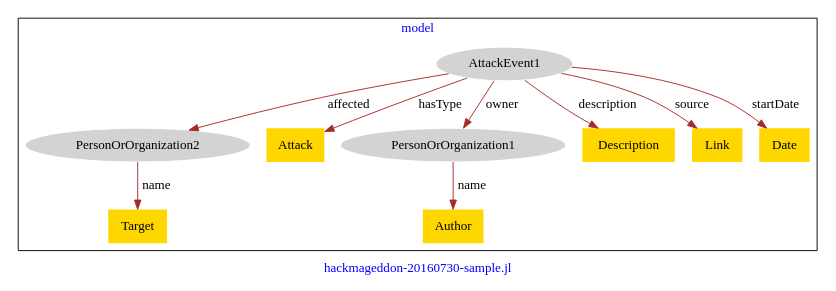
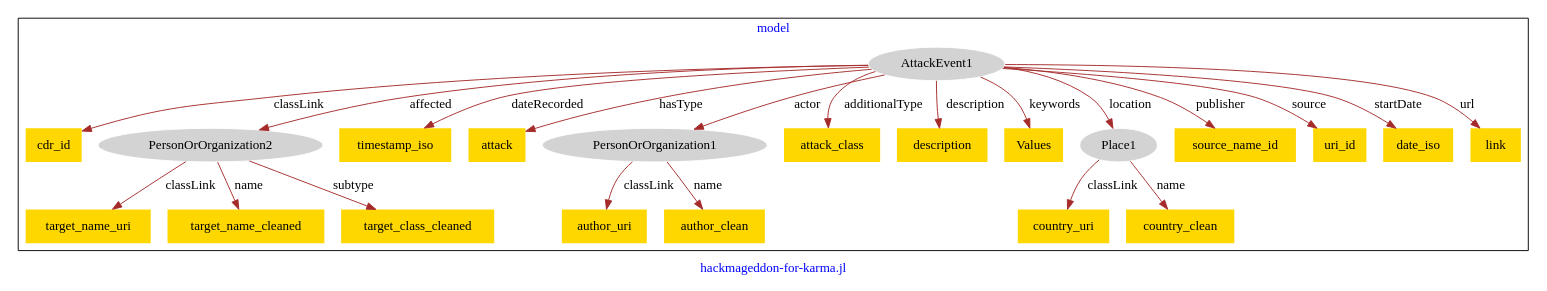
One commit to usc-isi-i2/effect-alignment changed the diagram in models/hackmageddon/hackmageddon-model.dot. Above: the diagram before and after it, drawn with Graphviz.

Commit message:
Update file hackmageddon-model.dot

```diff
--- a/models/hackmageddon/hackmageddon-model.dot
+++ b/models/hackmageddon/hackmageddon-model.dot
@@ -1,25 +1,49 @@
 digraph n0 {
 fontcolor="blue"
 remincross="true"
-label="hackmageddon-20160730-sample.jl"
+label="hackmageddon-for-karma.jl"
 subgraph cluster {
 label="model"
 n2[style="filled",color="white",fillcolor="lightgray",label="AttackEvent1"];
-n3[style="filled",color="white",fillcolor="lightgray",label="PersonOrOrganization2"];
-n4[shape="plaintext",style="filled",fillcolor="gold",label="Attack"];
-n5[style="filled",color="white",fillcolor="lightgray",label="PersonOrOrganization1"];
-n6[shape="plaintext",style="filled",fillcolor="gold",label="Description"];
-n7[shape="plaintext",style="filled",fillcolor="gold",label="Link"];
-n8[shape="plaintext",style="filled",fillcolor="gold",label="Date"];
-n9[shape="plaintext",style="filled",fillcolor="gold",label="Author"];
-n10[shape="plaintext",style="filled",fillcolor="gold",label="Target"];
+n3[shape="plaintext",style="filled",fillcolor="gold",label="cdr_id"];
+n4[style="filled",color="white",fillcolor="lightgray",label="PersonOrOrganization2"];
+n5[shape="plaintext",style="filled",fillcolor="gold",label="timestamp_iso"];
+n6[shape="plaintext",style="filled",fillcolor="gold",label="attack"];
+n7[style="filled",color="white",fillcolor="lightgray",label="PersonOrOrganization1"];
+n8[shape="plaintext",style="filled",fillcolor="gold",label="attack_class"];
+n9[shape="plaintext",style="filled",fillcolor="gold",label="description"];
+n10[shape="plaintext",style="filled",fillcolor="gold",label="Values"];
+n11[style="filled",color="white",fillcolor="lightgray",label="Place1"];
+n12[shape="plaintext",style="filled",fillcolor="gold",label="source_name_id"];
+n13[shape="plaintext",style="filled",fillcolor="gold",label="uri_id"];
+n14[shape="plaintext",style="filled",fillcolor="gold",label="date_iso"];
+n15[shape="plaintext",style="filled",fillcolor="gold",label="link"];
+n16[shape="plaintext",style="filled",fillcolor="gold",label="author_uri"];
+n17[shape="plaintext",style="filled",fillcolor="gold",label="author_clean"];
+n18[shape="plaintext",style="filled",fillcolor="gold",label="target_name_uri"];
+n19[shape="plaintext",style="filled",fillcolor="gold",label="target_name_cleaned"];
+n20[shape="plaintext",style="filled",fillcolor="gold",label="target_class_cleaned"];
+n21[shape="plaintext",style="filled",fillcolor="gold",label="country_uri"];
+n22[shape="plaintext",style="filled",fillcolor="gold",label="country_clean"];
 }
-n2 -> n3[color="brown",fontcolor="black",label="affected"]
-n2 -> n4[color="brown",fontcolor="black",label="hasType"]
-n2 -> n5[color="brown",fontcolor="black",label="owner"]
-n2 -> n6[color="brown",fontcolor="black",label="description"]
-n2 -> n7[color="brown",fontcolor="black",label="source"]
-n2 -> n8[color="brown",fontcolor="black",label="startDate"]
-n5 -> n9[color="brown",fontcolor="black",label="name"]
-n3 -> n10[color="brown",fontcolor="black",label="name"]
+n2 -> n3[color="brown",fontcolor="black",label="classLink"]
+n2 -> n4[color="brown",fontcolor="black",label="affected"]
+n2 -> n5[color="brown",fontcolor="black",label="dateRecorded"]
+n2 -> n6[color="brown",fontcolor="black",label="hasType"]
+n2 -> n7[color="brown",fontcolor="black",label="actor"]
+n2 -> n8[color="brown",fontcolor="black",label="additionalType"]
+n2 -> n9[color="brown",fontcolor="black",label="description"]
+n2 -> n10[color="brown",fontcolor="black",label="keywords"]
+n2 -> n11[color="brown",fontcolor="black",label="location"]
+n2 -> n12[color="brown",fontcolor="black",label="publisher"]
+n2 -> n13[color="brown",fontcolor="black",label="source"]
+n2 -> n14[color="brown",fontcolor="black",label="startDate"]
+n2 -> n15[color="brown",fontcolor="black",label="url"]
+n7 -> n16[color="brown",fontcolor="black",label="classLink"]
+n7 -> n17[color="brown",fontcolor="black",label="name"]
+n4 -> n18[color="brown",fontcolor="black",label="classLink"]
+n4 -> n19[color="brown",fontcolor="black",label="name"]
+n4 -> n20[color="brown",fontcolor="black",label="subtype"]
+n11 -> n21[color="brown",fontcolor="black",label="classLink"]
+n11 -> n22[color="brown",fontcolor="black",label="name"]
 }
```
